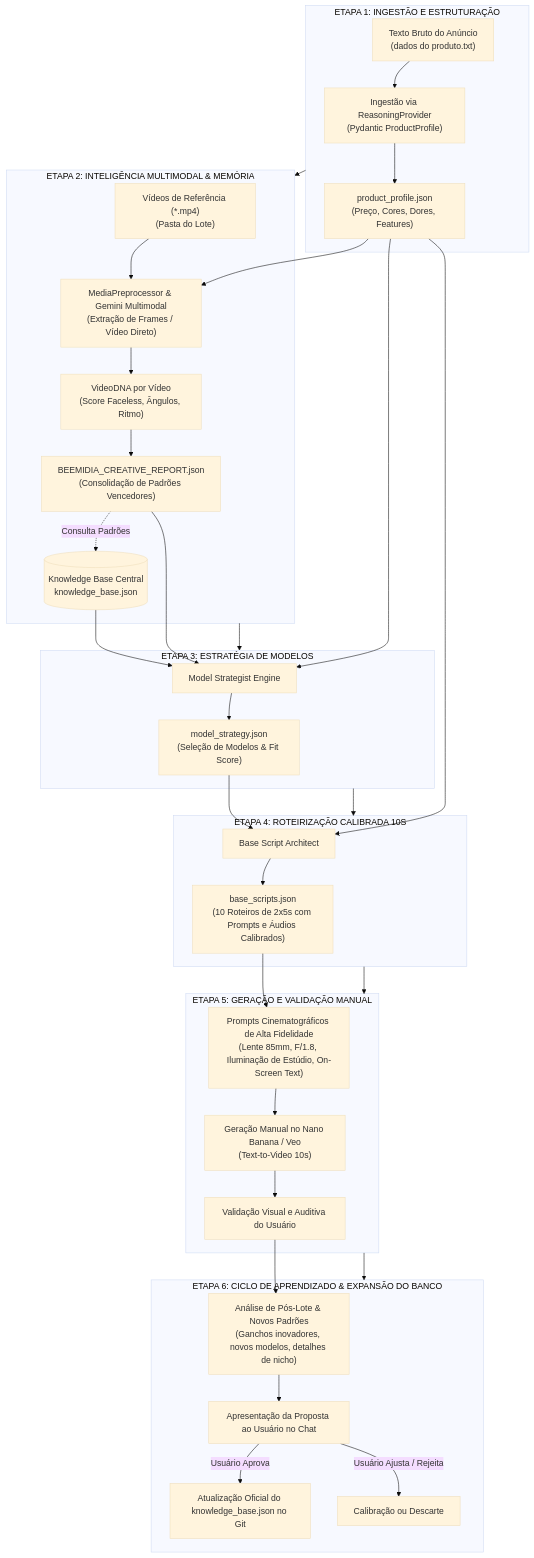
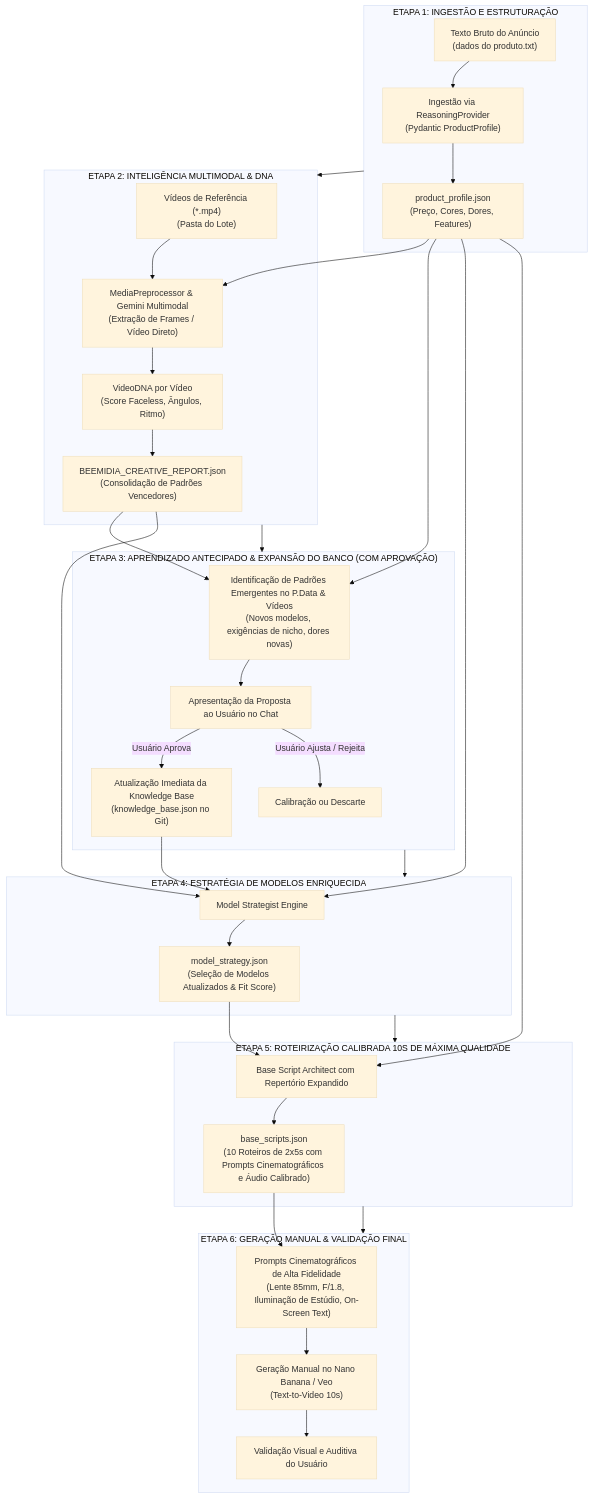
The first of 3 diagrams in regras_processo/processo_detalhado_ponta_a_ponta.md (gabrielfidos2020-glitch/criacao-manual-vds), drawn with Mermaid (base theme) before and after one commit. The commit also changed 1 other file, not shown here.

Commit message:
docs: antecipar etapa de aprendizado do banco para antes da geracao de roteiros

````diff
--- a/regras_processo/processo_detalhado_ponta_a_ponta.md
+++ b/regras_processo/processo_detalhado_ponta_a_ponta.md
@@ -9,47 +9,47 @@
 ```mermaid
 flowchart TD
     subgraph ETAPA1 ["ETAPA 1: INGESTÃO E ESTRUTURAÇÃO"]
         A1["Texto Bruto do Anúncio<br/>(dados do produto.txt)"] --> A2["Ingestão via ReasoningProvider<br/>(Pydantic ProductProfile)"]
         A2 --> A3["product_profile.json<br/>(Preço, Cores, Dores, Features)"]
     end
 
-    subgraph ETAPA2 ["ETAPA 2: INTELIGÊNCIA MULTIMODAL & MEMÓRIA"]
+    subgraph ETAPA2 ["ETAPA 2: INTELIGÊNCIA MULTIMODAL & DNA"]
         B1["Vídeos de Referência (*.mp4)<br/>(Pasta do Lote)"] --> B2["MediaPreprocessor & Gemini Multimodal<br/>(Extração de Frames / Vídeo Direto)"]
         A3 --> B2
         B2 --> B3["VideoDNA por Vídeo<br/>(Score Faceless, Ângulos, Ritmo)"]
         B3 --> B4["BEEMIDIA_CREATIVE_REPORT.json<br/>(Consolidação de Padrões Vencedores)"]
-        B4 -.->|Consulta Padrões| KB[("Knowledge Base Central<br/>knowledge_base.json")]
     end
 
-    subgraph ETAPA3 ["ETAPA 3: ESTRATÉGIA DE MODELOS"]
-        A3 --> C1["Model Strategist Engine"]
+    subgraph ETAPA3 ["ETAPA 3: APRENDIZADO ANTECIPADO & EXPANSÃO DO BANCO (COM APROVAÇÃO)"]
+        A3 --> C1["Identificação de Padrões Emergentes no P.Data & Vídeos<br/>(Novos modelos, exigências de nicho, dores novas)"]
         B4 --> C1
-        KB --> C1
-        C1 --> C2["model_strategy.json<br/>(Seleção de Modelos & Fit Score)"]
+        C1 --> C2["Apresentação da Proposta ao Usuário no Chat"]
+        C2 -->|Usuário Aprova| C3["Atualização Imediata da Knowledge Base<br/>(knowledge_base.json no Git)"]
+        C2 -->|Usuário Ajusta / Rejeita| C4["Calibração ou Descarte"]
     end
 
-    subgraph ETAPA4 ["ETAPA 4: ROTEIRIZAÇÃO CALIBRADA 10S"]
-        C2 --> D1["Base Script Architect"]
-        A3 --> D1
-        D1 --> D2["base_scripts.json<br/>(10 Roteiros de 2x5s com Prompts e Áudios Calibrados)"]
+    subgraph ETAPA4 ["ETAPA 4: ESTRATÉGIA DE MODELOS ENRIQUECIDA"]
+        A3 --> D1["Model Strategist Engine"]
+        B4 --> D1
+        C3 --> D1
+        D1 --> D2["model_strategy.json<br/>(Seleção de Modelos Atualizados & Fit Score)"]
     end
 
-    subgraph ETAPA5 ["ETAPA 5: GERAÇÃO E VALIDAÇÃO MANUAL"]
-        D2 --> E1["Prompts Cinematográficos de Alta Fidelidade<br/>(Lente 85mm, F/1.8, Iluminação de Estúdio, On-Screen Text)"]
-        E1 --> E2["Geração Manual no Nano Banana / Veo<br/>(Text-to-Video 10s)"]
-        E2 --> E3["Validação Visual e Auditiva do Usuário"]
+    subgraph ETAPA5 ["ETAPA 5: ROTEIRIZAÇÃO CALIBRADA 10S DE MÁXIMA QUALIDADE"]
+        D2 --> E1["Base Script Architect com Repertório Expandido"]
+        A3 --> E1
+        E1 --> E2["base_scripts.json<br/>(10 Roteiros de 2x5s com Prompts Cinematográficos e Áudio Calibrado)"]
     end
 
-    subgraph ETAPA6 ["ETAPA 6: CICLO DE APRENDIZADO & EXPANSÃO DO BANCO"]
-        E3 --> F1["Análise de Pós-Lote & Novos Padrões<br/>(Ganchos inovadores, novos modelos, detalhes de nicho)"]
-        F1 --> F2["Apresentação da Proposta ao Usuário no Chat"]
-        F2 -->|Usuário Aprova| F3["Atualização Oficial do knowledge_base.json no Git"]
-        F2 -->|Usuário Ajusta / Rejeita| F4["Calibração ou Descarte"]
+    subgraph ETAPA6 ["ETAPA 6: GERAÇÃO MANUAL & VALIDAÇÃO FINAL"]
+        E2 --> F1["Prompts Cinematográficos de Alta Fidelidade<br/>(Lente 85mm, F/1.8, Iluminação de Estúdio, On-Screen Text)"]
+        F1 --> F2["Geração Manual no Nano Banana / Veo<br/>(Text-to-Video 10s)"]
+        F2 --> F3["Validação Visual e Auditiva do Usuário"]
     end
 
     ETAPA1 --> ETAPA2
     ETAPA2 --> ETAPA3
     ETAPA3 --> ETAPA4
     ETAPA4 --> ETAPA5
     ETAPA5 --> ETAPA6
 ```
````
